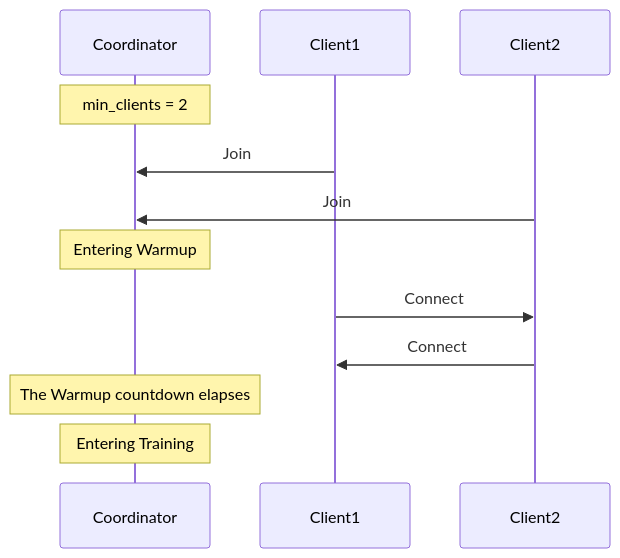
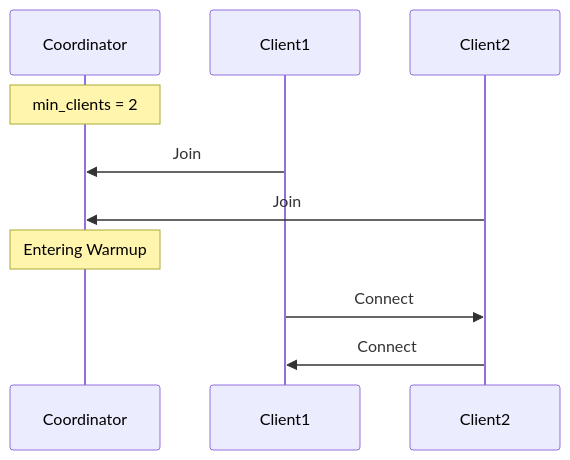
Before and after one commit to PsycheFoundation/psyche: the second of 7 diagrams in psyche-book/src/explain/general-workflow.md, drawn with Mermaid. The commit also changed other lines of this file and 9 other files, not shown here.

````diff
--- a/psyche-book/src/explain/general-workflow.md
+++ b/psyche-book/src/explain/general-workflow.md
@@ -40,11 +42,9 @@
 ```mermaid
 sequenceDiagram
     Note over Coordinator: min_clients = 2
     Client1->>Coordinator: Join
     Client2->>Coordinator: Join
     Note over Coordinator: Entering Warmup
     Client1->>Client2: Connect
     Client2->>Client1: Connect
-    Note over Coordinator: The Warmup countdown elapses
-    Note over Coordinator: Entering Training
 ```
````
